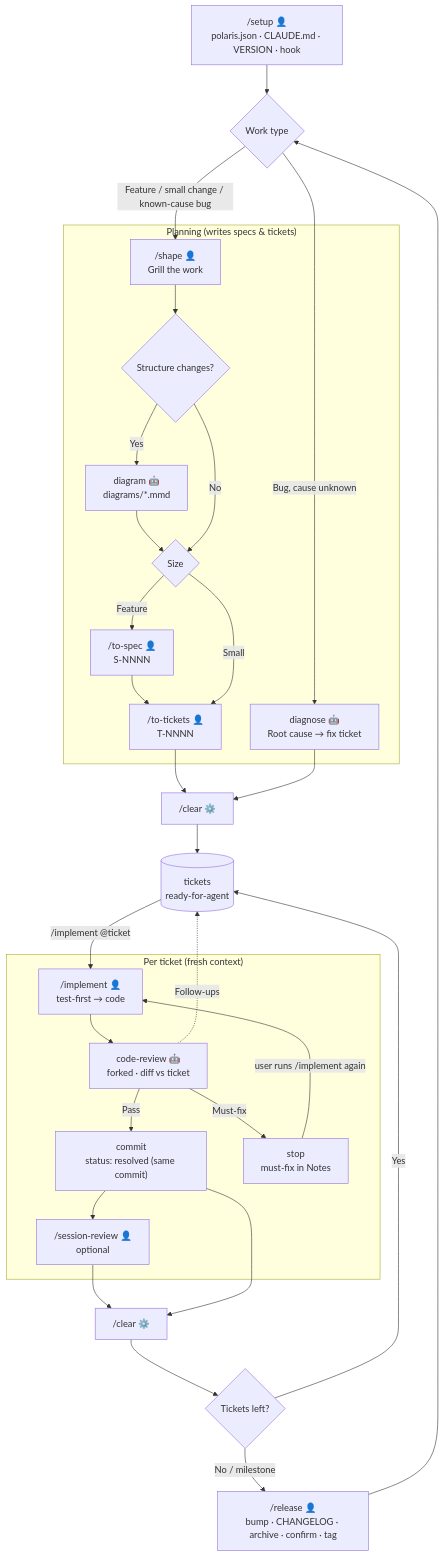
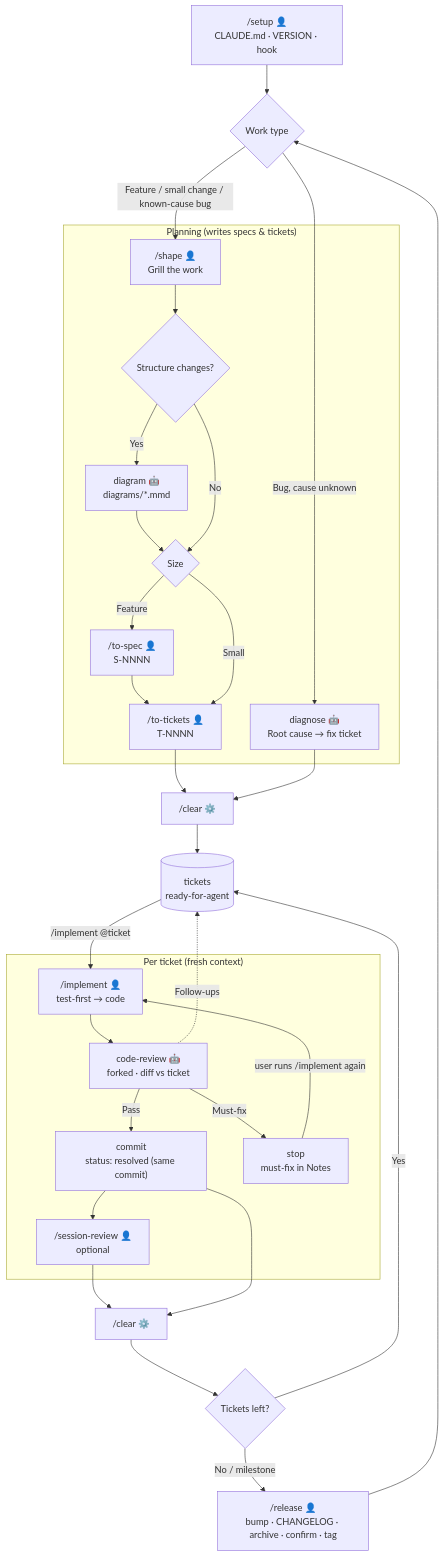
The diagram in README.md (odhyp/skills), drawn with Mermaid before and after one commit. The commit also changed other lines of this file and 21 other files, not shown here.

First line of the commit message:
feat(config)!: move project config from polaris.json into the CLAUDE.md block

````diff
--- a/README.md
+++ b/README.md
@@ -20,46 +20,46 @@
 ```mermaid
 flowchart TD
-    A1["/setup 👤<br/>polaris.json · CLAUDE.md · VERSION · hook"] --> X0{"Work type"}
+    A1["/setup 👤<br/>CLAUDE.md · VERSION · hook"] --> X0{"Work type"}
     X0 -->|"Feature / small change / known-cause bug"| B1
     X0 -->|"Bug, cause unknown"| B5
 
     subgraph B["Planning (writes specs & tickets)"]
         B1["/shape 👤<br/>Grill the work"]
         X2{"Structure changes?"}
         B4["diagram 🤖<br/>diagrams/*.mmd"]
         X1{"Size"}
         B2["/to-spec 👤<br/>S-NNNN"]
         B3["/to-tickets 👤<br/>T-NNNN"]
         B5["diagnose 🤖<br/>Root cause → fix ticket"]
         B1 --> X2
         X2 -->|"Yes"| B4 --> X1
         X2 -->|"No"| X1
         X1 -->|"Feature"| B2 --> B3
         X1 -->|"Small"| B3
     end
 
     B3 --> CL0["/clear ⚙️"]
     B5 --> CL0
     CL0 --> T[("tickets<br/>ready-for-agent")]
 
     subgraph C["Per ticket (fresh context)"]
         C1["/implement 👤<br/>test-first → code"]
         D1["code-review 🤖<br/>forked · diff vs ticket"]
         C2["commit<br/>status: resolved (same commit)"]
         C3["stop<br/>must-fix in Notes"]
         S1["/session-review 👤<br/>optional"]
         C1 --> D1
         D1 -->|"Pass"| C2
         D1 -->|"Must-fix"| C3
     end
 
     T -->|"/implement @ticket"| C1
     C3 -->|"user runs /implement again"| C1
     D1 -.->|"Follow-ups"| T
     C2 --> S1 --> CL["/clear ⚙️"]
     C2 --> CL
     CL --> X3{"Tickets left?"}
     X3 -->|"Yes"| T
     X3 -->|"No / milestone"| E1["/release 👤<br/>bump · CHANGELOG · archive · confirm · tag"]
     E1 --> X0
 ```
````
